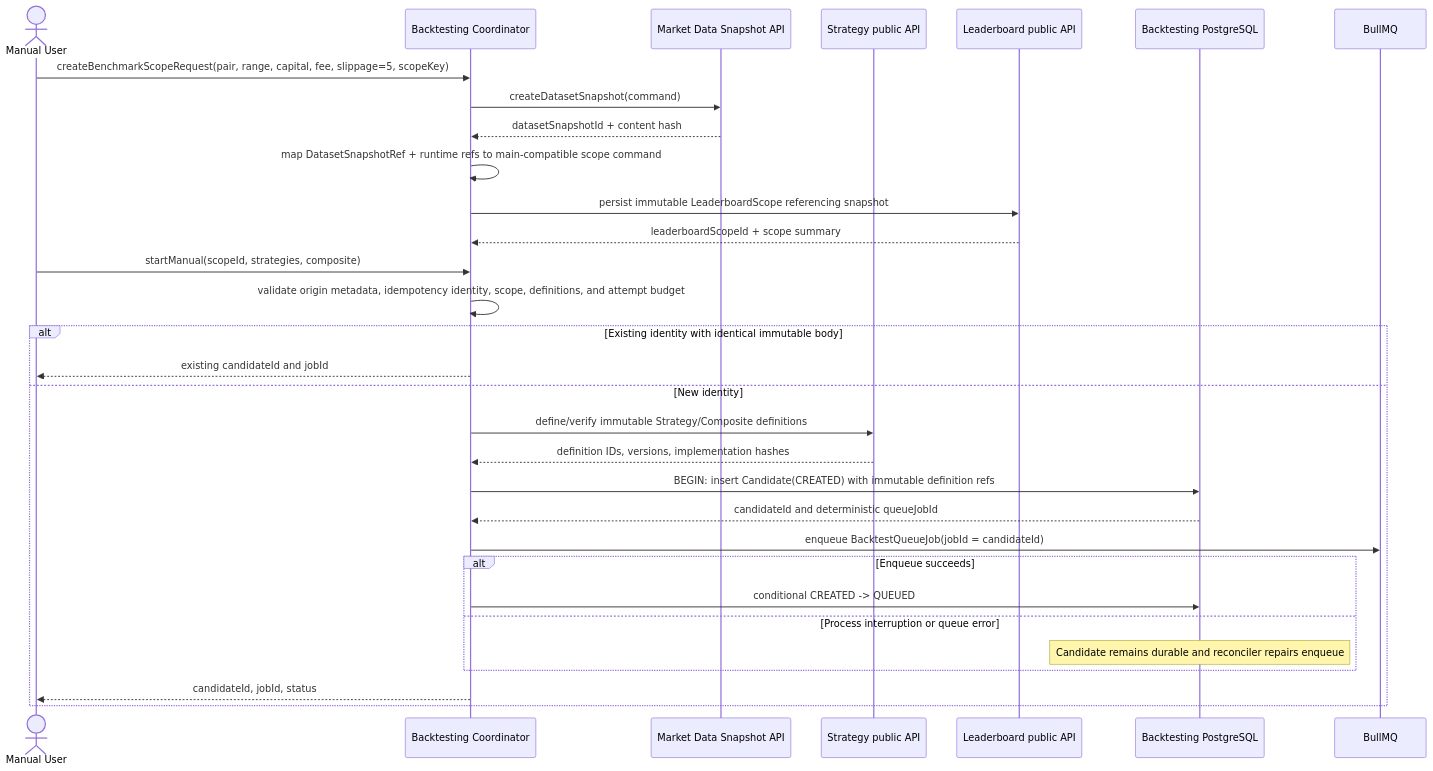
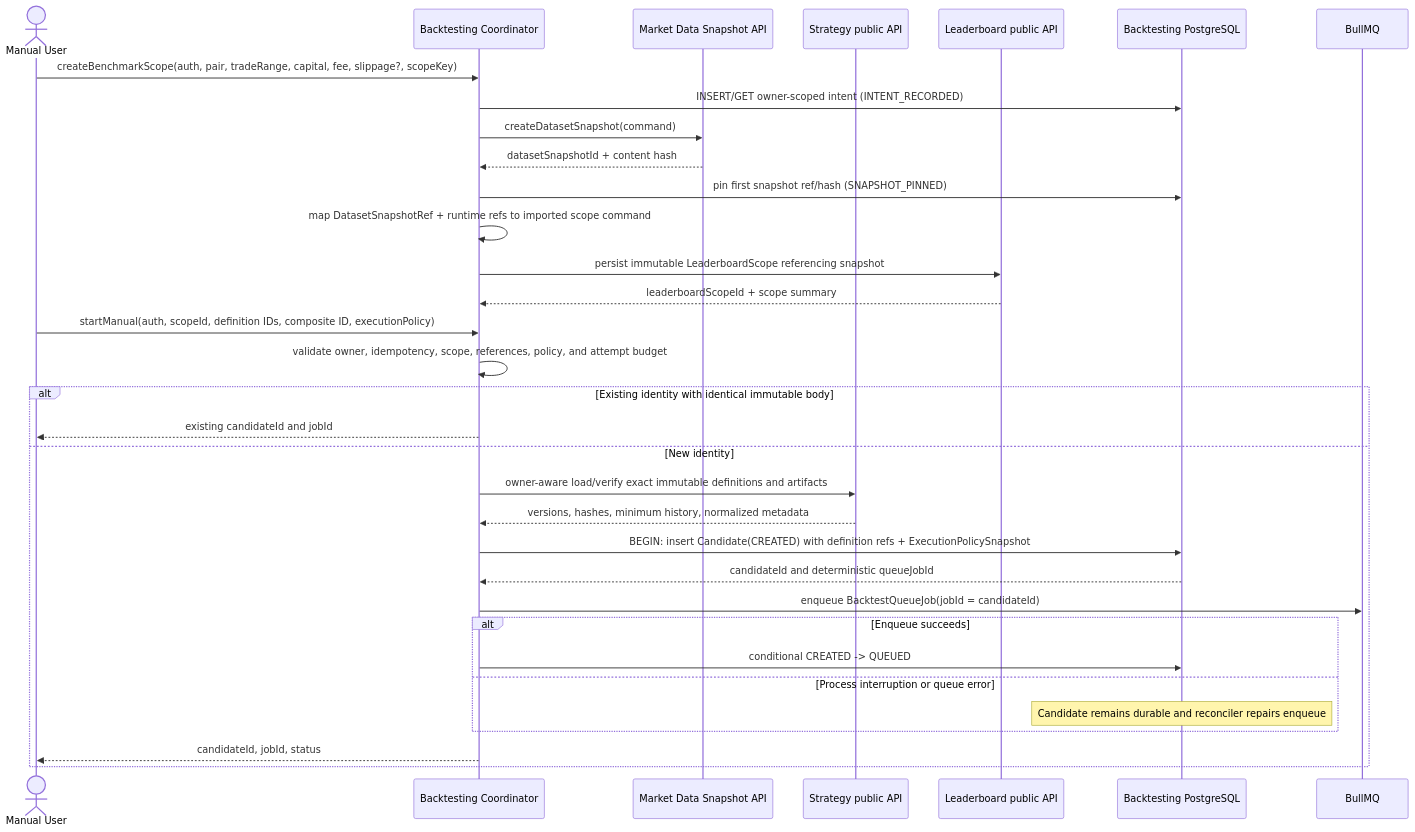
The first of 4 diagrams in openspec/specs/backtest-log-spec.md (thanhdatttt/Cryptox), drawn with Mermaid before and after one commit. The commit also changed other lines of this file and 11 other files, not shown here.

````diff
--- a/openspec/specs/backtest-log-spec.md
+++ b/openspec/specs/backtest-log-spec.md
@@ -649,34 +783,36 @@
 ```mermaid
 sequenceDiagram
     actor U as Manual User
     participant BC as Backtesting Coordinator
     participant MD as Market Data Snapshot API
     participant ST as Strategy public API
     participant LB as Leaderboard public API
     participant PG as Backtesting PostgreSQL
     participant Q as BullMQ
 
-    U->>BC: createBenchmarkScopeRequest(pair, range, capital, fee, slippage=5, scopeKey)
+    U->>BC: createBenchmarkScope(auth, pair, tradeRange, capital, fee, slippage?, scopeKey)
+    BC->>PG: INSERT/GET owner-scoped intent (INTENT_RECORDED)
     BC->>MD: createDatasetSnapshot(command)
     MD-->>BC: datasetSnapshotId + content hash
-    BC->>BC: map DatasetSnapshotRef + runtime refs to main-compatible scope command
+    BC->>PG: pin first snapshot ref/hash (SNAPSHOT_PINNED)
+    BC->>BC: map DatasetSnapshotRef + runtime refs to imported scope command
     BC->>LB: persist immutable LeaderboardScope referencing snapshot
     LB-->>BC: leaderboardScopeId + scope summary
-    U->>BC: startManual(scopeId, strategies, composite)
-    BC->>BC: validate origin metadata, idempotency identity, scope, definitions, and attempt budget
+    U->>BC: startManual(auth, scopeId, definition IDs, composite ID, executionPolicy)
+    BC->>BC: validate owner, idempotency, scope, references, policy, and attempt budget
     alt Existing identity with identical immutable body
         BC-->>U: existing candidateId and jobId
     else New identity
-    BC->>ST: define/verify immutable Strategy/Composite definitions
-    ST-->>BC: definition IDs, versions, implementation hashes
-    BC->>PG: BEGIN: insert Candidate(CREATED) with immutable definition refs
+    BC->>ST: owner-aware load/verify exact immutable definitions and artifacts
+    ST-->>BC: versions, hashes, minimum history, normalized metadata
+    BC->>PG: BEGIN: insert Candidate(CREATED) with definition refs + ExecutionPolicySnapshot
     PG-->>BC: candidateId and deterministic queueJobId
     BC->>Q: enqueue BacktestQueueJob(jobId = candidateId)
     alt Enqueue succeeds
         BC->>PG: conditional CREATED -> QUEUED
     else Process interruption or queue error
         Note over PG: Candidate remains durable and reconciler repairs enqueue
     end
     BC-->>U: candidateId, jobId, status
     end
 ```
````
